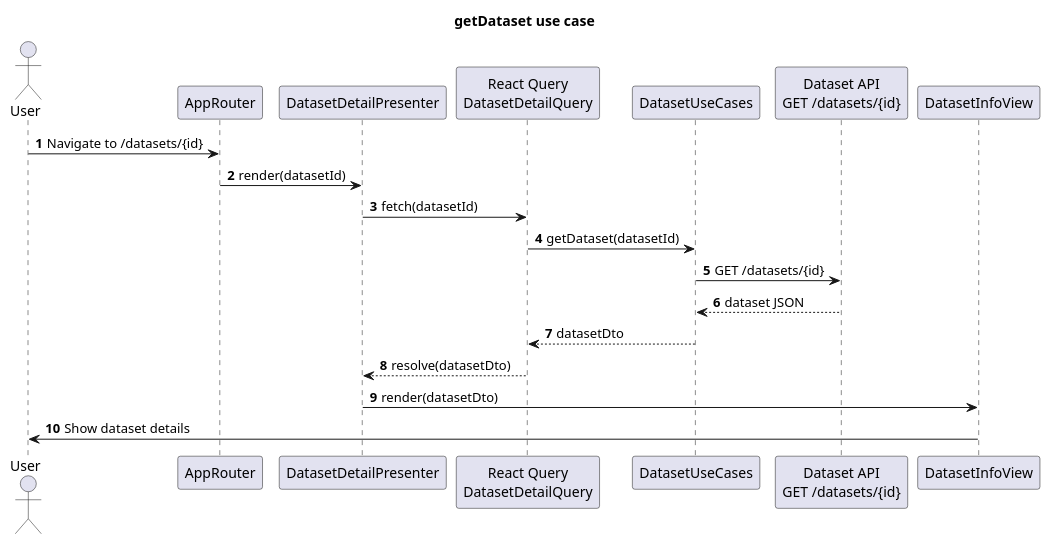
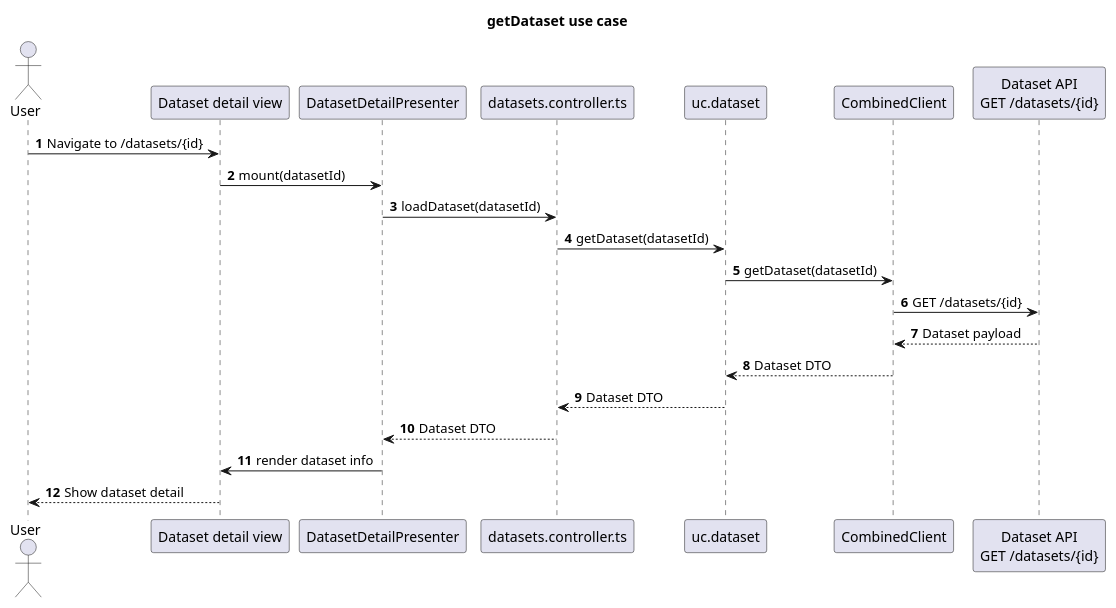
Before and after one commit to POP2025-EEPW/doorce-frontend: the diagram in diagrams/sequence/getDataset.puml, drawn with PlantUML. The commit also changed 7 other files, not shown here.

Commit message:
Fix on diagrams

```diff
--- a/diagrams/sequence/getDataset.puml
+++ b/diagrams/sequence/getDataset.puml
@@ -1,25 +1,27 @@
 @startuml
 title getDataset use case
 autonumber
 
 actor User
 
-participant "AppRouter" as Router
-participant "DatasetDetailPresenter" as DatasetPresenter
-participant "React Query\nDatasetDetailQuery" as DatasetQuery
-participant "DatasetUseCases" as DatasetUC
-participant "Dataset API\nGET /datasets/{id}" as DatasetApi
-participant "DatasetInfoView" as DatasetInfoView
+participant "Dataset detail view" as View
+participant "DatasetDetailPresenter" as Presenter
+participant "datasets.controller.ts" as Controller
+participant "uc.dataset" as UseCase
+participant "CombinedClient" as Client
+participant "Dataset API\nGET /datasets/{id}" as Http
 
-User -> Router : Navigate to /datasets/{id}
-Router -> DatasetPresenter : render(datasetId)
-DatasetPresenter -> DatasetQuery : fetch(datasetId)
-DatasetQuery -> DatasetUC : getDataset(datasetId)
-DatasetUC -> DatasetApi : GET /datasets/{id}
-DatasetApi --> DatasetUC : dataset JSON
-DatasetUC --> DatasetQuery : datasetDto
-DatasetQuery --> DatasetPresenter : resolve(datasetDto)
-DatasetPresenter -> DatasetInfoView : render(datasetDto)
-DatasetInfoView -> User : Show dataset details
+User -> View : Navigate to /datasets/{id}
+View -> Presenter : mount(datasetId)
+Presenter -> Controller : loadDataset(datasetId)
+Controller -> UseCase : getDataset(datasetId)
+UseCase -> Client : getDataset(datasetId)
+Client -> Http : GET /datasets/{id}
+Http --> Client : Dataset payload
+Client --> UseCase : Dataset DTO
+UseCase --> Controller : Dataset DTO
+Controller --> Presenter : Dataset DTO
+Presenter -> View : render dataset info
+View --> User : Show dataset detail
 
 @enduml
```
